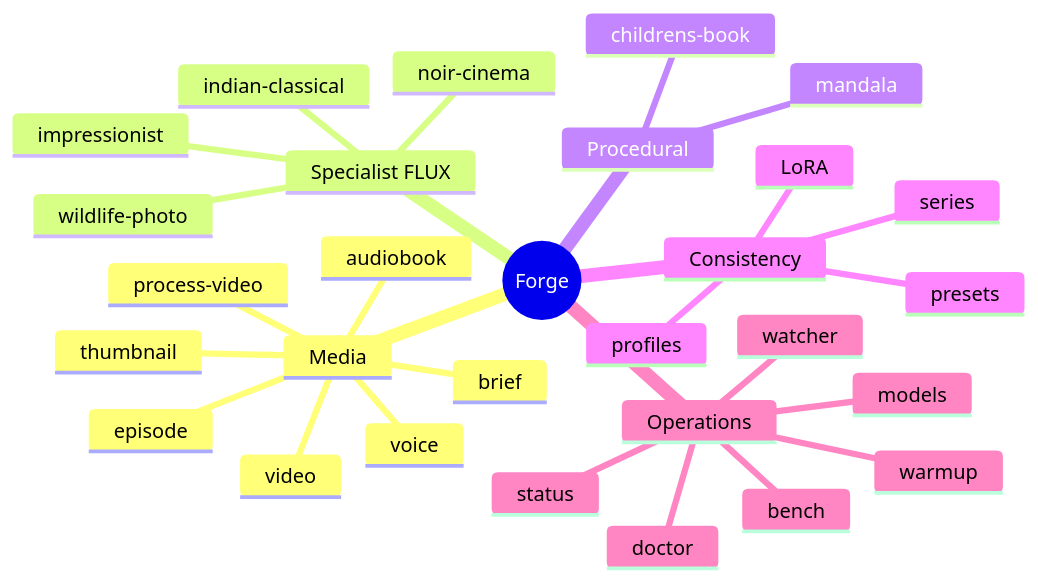
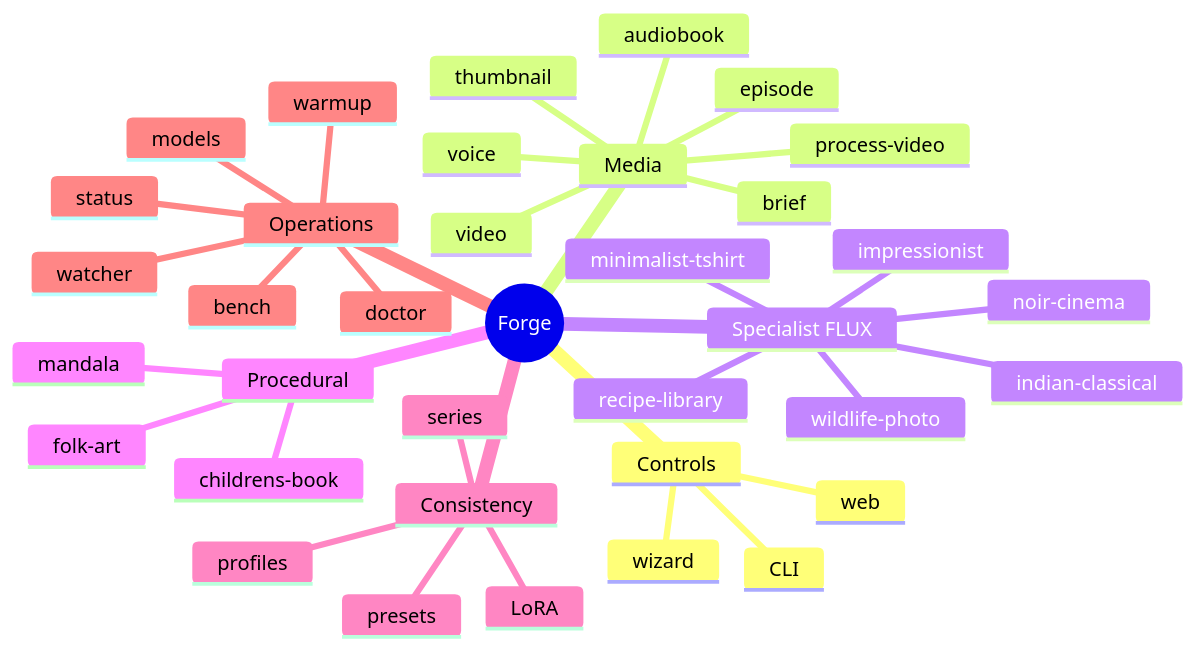
Before and after one commit to tommyvercetti76/Forge: the second of 2 diagrams in docs/INDEX.md, drawn with Mermaid. The commit also changed other lines of this file and 19 other files, not shown here.

First line of the commit message:
parallel agents: minimalist-tshirt engine, WhatsApp joke factory, mandala-engine improvements, expanded recipe library + handoff docs

````diff
--- a/docs/INDEX.md
+++ b/docs/INDEX.md
@@ -71,32 +107,39 @@
 ```mermaid
 mindmap
   root((Forge))
+    Controls
+      web
+      wizard
+      CLI
     Media
       brief
       thumbnail
       voice
       video
       episode
       audiobook
       process-video
     Specialist FLUX
       noir-cinema
       wildlife-photo
       impressionist
       indian-classical
+      minimalist-tshirt
+      recipe-library
     Procedural
       mandala
       childrens-book
+      folk-art
     Consistency
       presets
       series
       LoRA
       profiles
     Operations
       doctor
       status
       bench
       models
       warmup
       watcher
 ```
````
